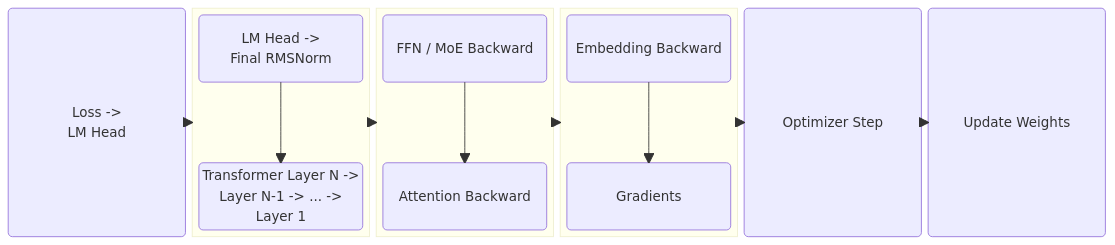
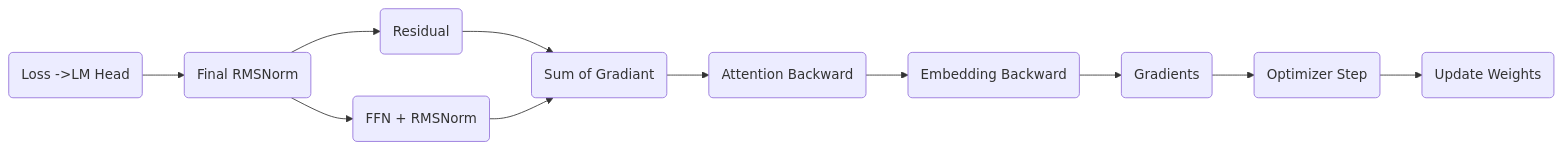
One commit to ChrisZhu2050/chriszhu2050.github.io changed diagram 24 of 24 in index.md. Above: the diagram before and after it, drawn with Mermaid.

````diff
--- a/index.md
+++ b/index.md
@@ -1133,42 +1133,27 @@
   ```mermaid
-        block
-        columns 6
+        flowchart LR
 
-          a("Loss ->
-           LM Head")
-          
-
-        block:group2:1
-          columns 1
-          c1("LM Head -> 
-          Final RMSNorm") space
-          b1("Transformer Layer N -> 
-          Layer N-1 -> ... ->
-           Layer 1")
-          
-        end
-        block:group3:1
-          columns 1
-          d("FFN / MoE Backward") space
+          a("Loss ->LM Head")
+          c1("Final RMSNorm")
+          b1("Residual")
+          d("FFN + RMSNorm")
+          d1("Sum of Gradiant")
           e("Attention Backward") 
-        end
-        block:group4:1
-          columns 1
-          f("Embedding Backward") space
+          f("Embedding Backward")
           g("Gradients")
-
-        end
-        
           z("Optimizer Step")
           y("Update Weights")
         
+        a --> c1
+        c1 --> d
         c1 --> b1
-        d --> e
+        b1 --> d1
+        d --> d1
+        d1 --> e
+        e --> f
         f --> g
-        a --> group2
-        group2 --> group3
-        group3 --> group4
-        group4 --> z
+        g --> z
         z --> y
+        
 
   ```  
````
